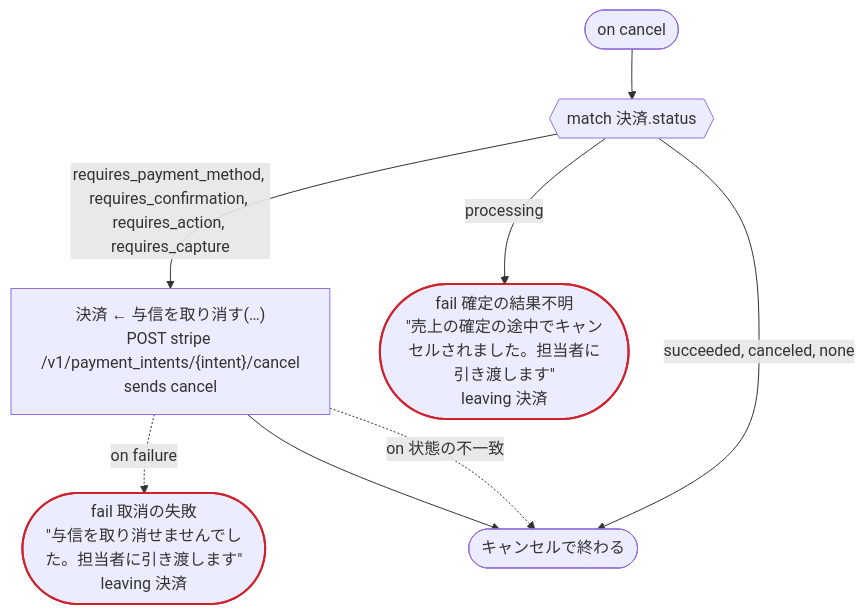
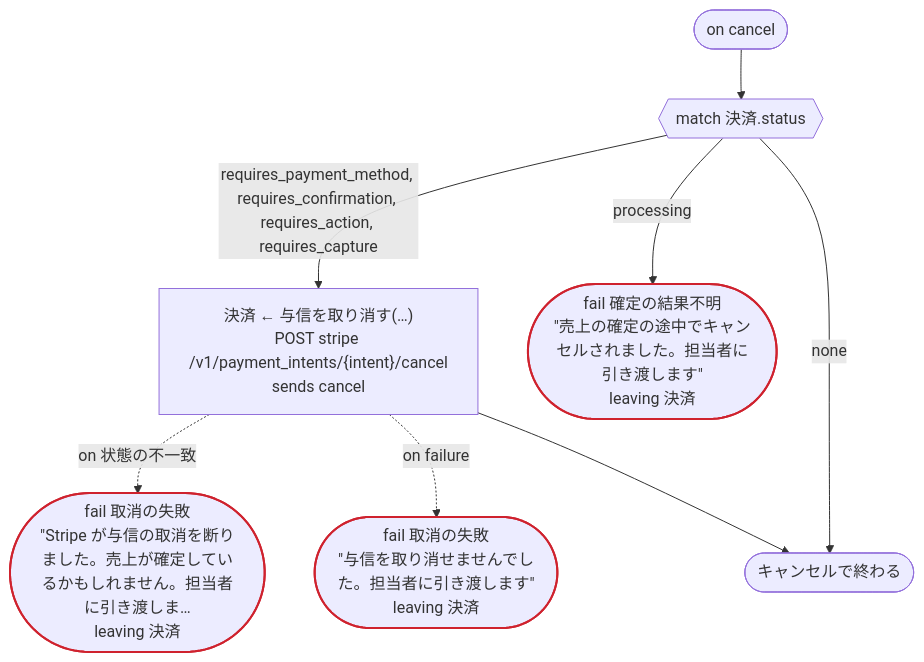
One commit to i2y/ritsu changed the third of 4 diagrams in crates/dandori/tests/doc/examples-hotel-temporal-hotel-ja.ja.md. Above: the diagram before and after it, drawn with Mermaid. The commit also changed other lines of this file and 57 other files, not shown here.

````diff
--- a/crates/dandori/tests/doc/examples-hotel-temporal-hotel-ja.ja.md
+++ b/crates/dandori/tests/doc/examples-hotel-temporal-hotel-ja.ja.md
@@ -106,19 +107,20 @@
 ```mermaid
 flowchart TD
     onc(["on cancel"])
     s36{{"match 決済.status"}}
     s38["決済 ← 与信を取り消す(…)<br>POST stripe /v1/payment_intents/{intent}/cancel<br>sends cancel"]
+    s39(["fail 取消の失敗<br>#quot;Stripe が与信の取消を断りました。売上が確定しているかもしれません。担当者に引き渡しま…<br>leaving 決済"])
     s40(["fail 取消の失敗<br>#quot;与信を取り消せませんでした。担当者に引き渡します#quot;<br>leaving 決済"])
     s41(["fail 確定の結果不明<br>#quot;売上の確定の途中でキャンセルされました。担当者に引き渡します#quot;<br>leaving 決済"])
     oncEnd(["キャンセルで終わる"])
     onc --> s36
     s36 -->|"requires_payment_method, requires_confirmation, requires_action, requires_capture"| s38
+    s38 -.->|"on 状態の不一致"| s39
     s38 -.->|"on failure"| s40
     s36 -->|"processing"| s41
-    s36 -->|"succeeded, canceled, none"| oncEnd
+    s36 -->|"none"| oncEnd
     s38 --> oncEnd
-    s38 -.->|"on 状態の不一致"| oncEnd
     classDef ok stroke:#2da44e,stroke-width:2px
     classDef bad stroke:#cf222e,stroke-width:2px
-    class s40,s41 bad
+    class s39,s40,s41 bad
 ```
````
